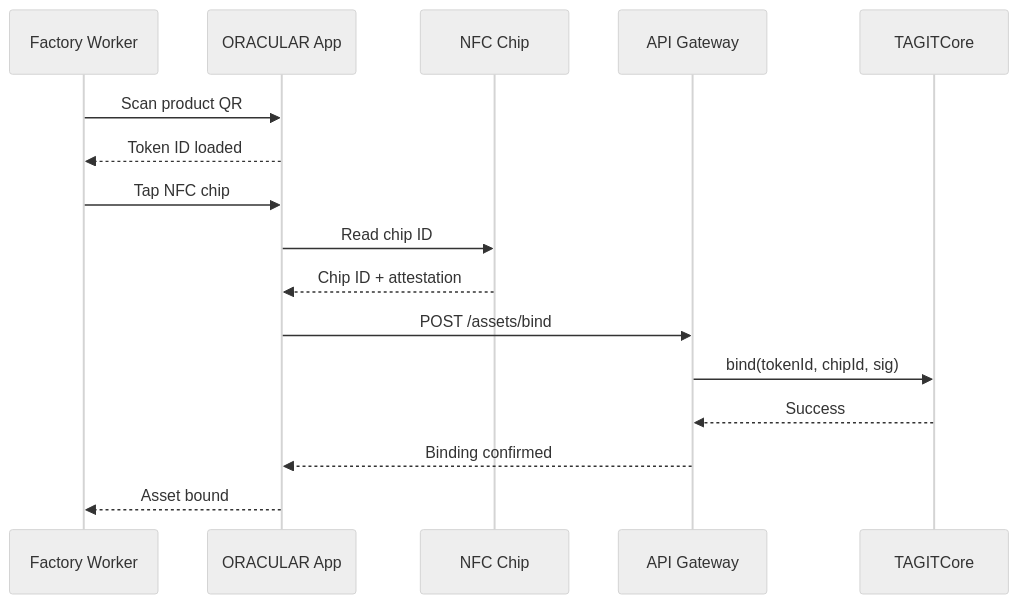
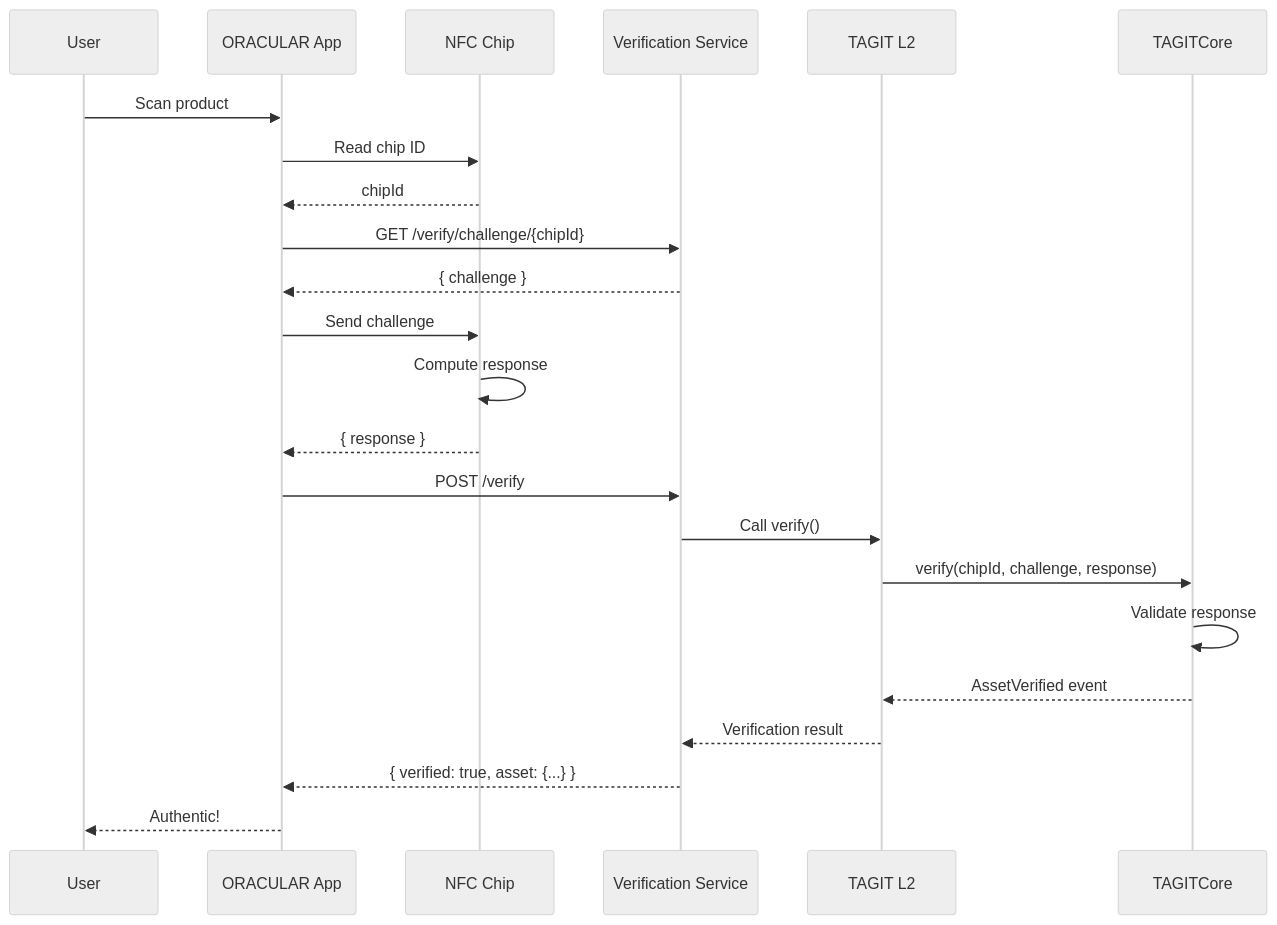
Before and after one commit to TAG-IT-NETWORK/tagit-docs: the fourth of 6 diagrams in docs/architecture/data-flow.md, drawn with Mermaid (neutral theme). The commit also changed other lines of this file and 8 other files, not shown here.

First line of the commit message:
docs: Phase 2 Core Scaffold - Architecture, Contracts, Glossary

````diff
--- a/docs/architecture/data-flow.md
+++ b/docs/architecture/data-flow.md
@@ -60,21 +113,26 @@
 ```mermaid
 sequenceDiagram
-    participant Worker as Factory Worker
+    participant User
     participant App as ORACULAR App
     participant NFC as NFC Chip
-    participant API as API Gateway
+    participant API as Verification Service
+    participant L2 as TAGIT L2
     participant Core as TAGITCore
 
-    Worker->>App: Scan product QR
-    App-->>Worker: Token ID loaded
-
-    Worker->>App: Tap NFC chip
+    User->>App: Scan product
     App->>NFC: Read chip ID
-    NFC-->>App: Chip ID + attestation
-
-    App->>API: POST /assets/bind
-    API->>Core: bind(tokenId, chipId, sig)
-    Core-->>API: Success
-    API-->>App: Binding confirmed
-    App-->>Worker: Asset bound
+    NFC-->>App: chipId
+    App->>API: GET /verify/challenge/{chipId}
+    API-->>App: { challenge }
+    App->>NFC: Send challenge
+    NFC->>NFC: Compute response
+    NFC-->>App: { response }
+    App->>API: POST /verify
+    API->>L2: Call verify()
+    L2->>Core: verify(chipId, challenge, response)
+    Core->>Core: Validate response
+    Core-->>L2: AssetVerified event
+    L2-->>API: Verification result
+    API-->>App: { verified: true, asset: {...} }
+    App-->>User: Authentic!
 ```
````
